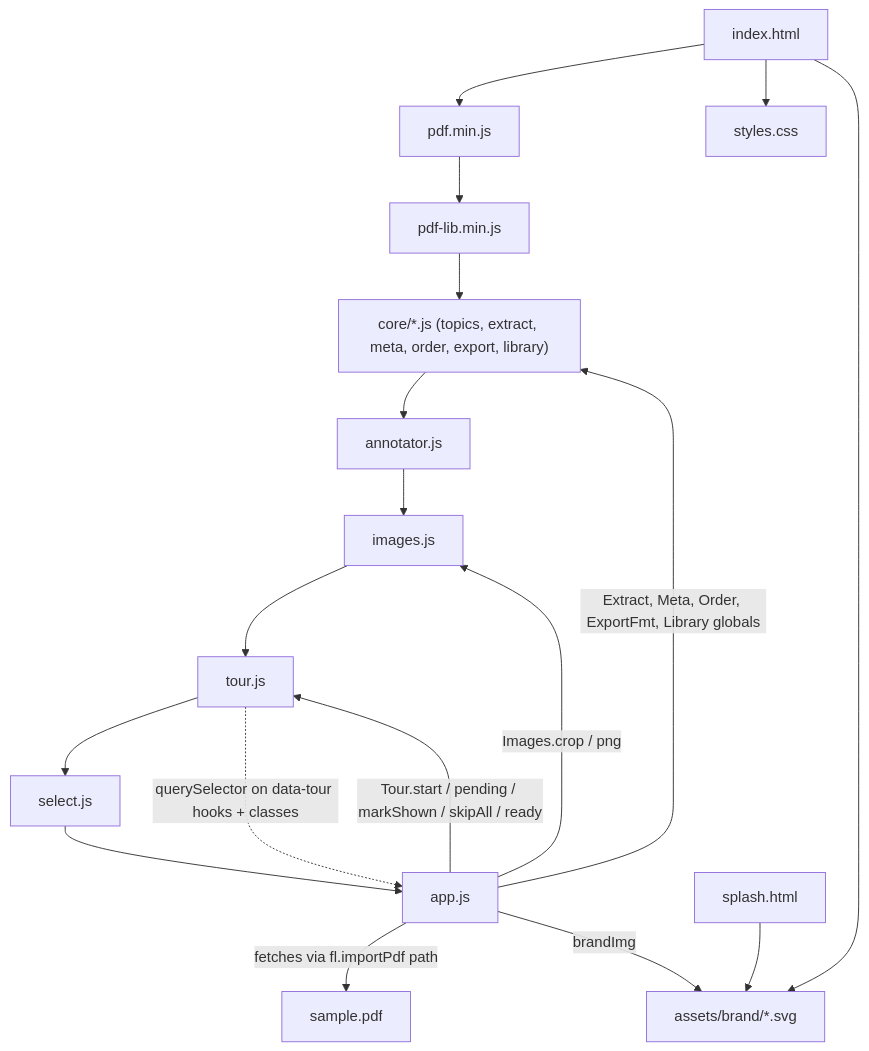
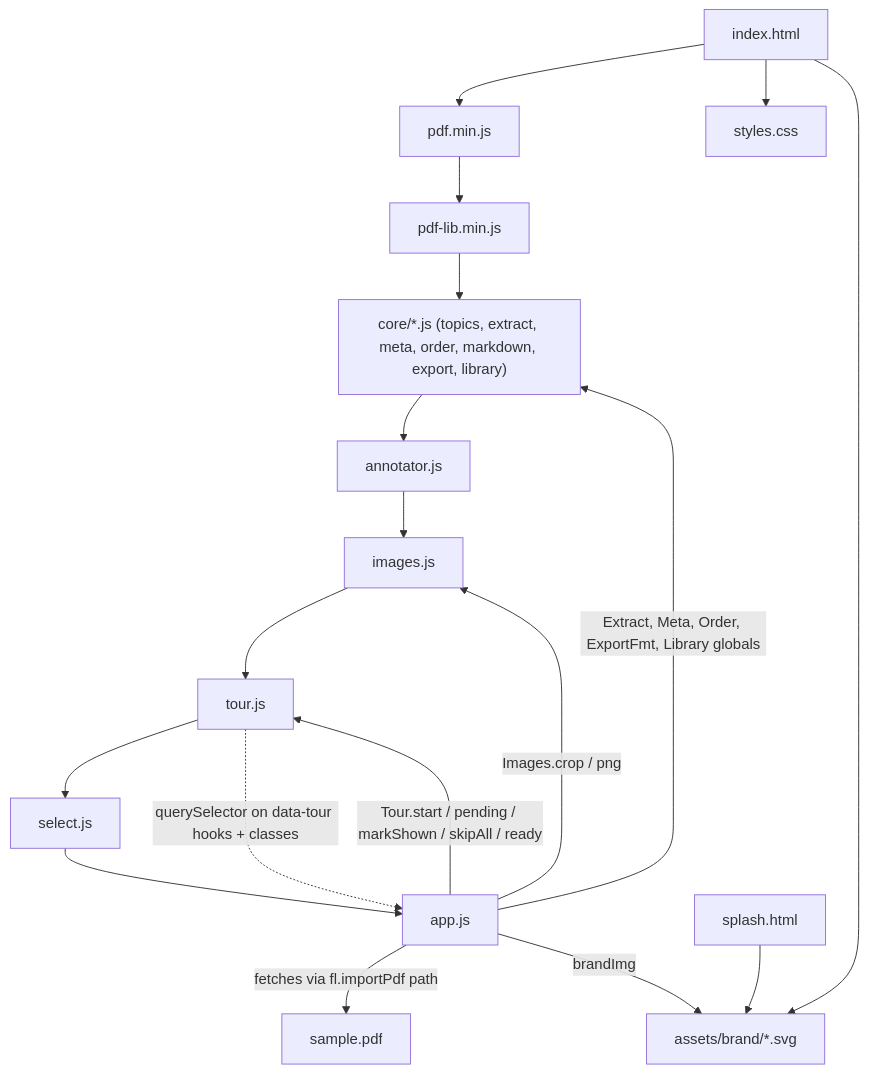
Before and after one commit to Lefarious/Faelights: the diagram in docs/atlas/modules/renderer-ui.md, drawn with Mermaid. The commit also changed other lines of this file and 7 other files, not shown here.

````diff
--- a/docs/atlas/modules/renderer-ui.md
+++ b/docs/atlas/modules/renderer-ui.md
@@ -15,13 +15,13 @@
 ```mermaid
 graph TD
-  html[index.html] --> pdfjs[pdf.min.js] --> pdflib[pdf-lib.min.js] --> core["core/*.js (topics, extract, meta, order, export, library)"] --> annot[annotator.js] --> imgs[images.js] --> tour[tour.js] --> sel[select.js] --> app[app.js]
+  html[index.html] --> pdfjs[pdf.min.js] --> pdflib[pdf-lib.min.js] --> core["core/*.js (topics, extract, meta, order, markdown, export, library)"] --> annot[annotator.js] --> imgs[images.js] --> tour[tour.js] --> sel[select.js] --> app[app.js]
   app -->|Images.crop / png| imgs
   app -->|Extract, Meta, Order, ExportFmt, Library globals| core
   app -->|Tour.start / pending / markShown / skipAll / ready| tour
   tour -.->|querySelector on data-tour hooks + classes| app
   html --> css[styles.css]
   app -->|fetches via fl.importPdf path| sample[sample.pdf]
   app -->|brandImg| brand[assets/brand/*.svg]
   html --> brand
   splash[splash.html] --> brand
 ```
````
